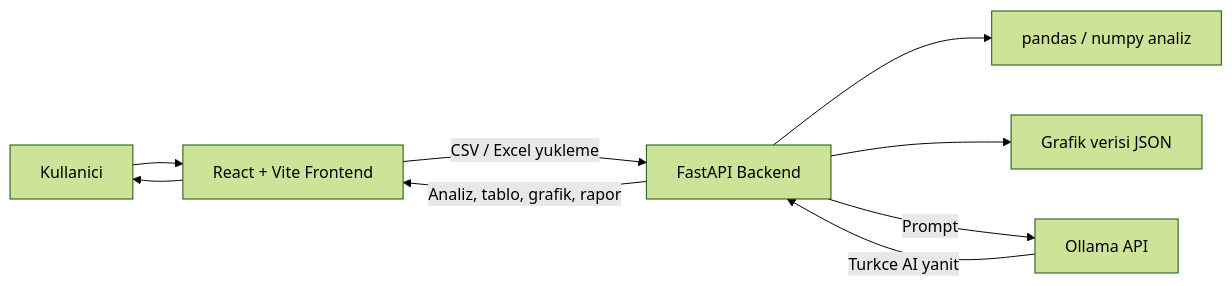
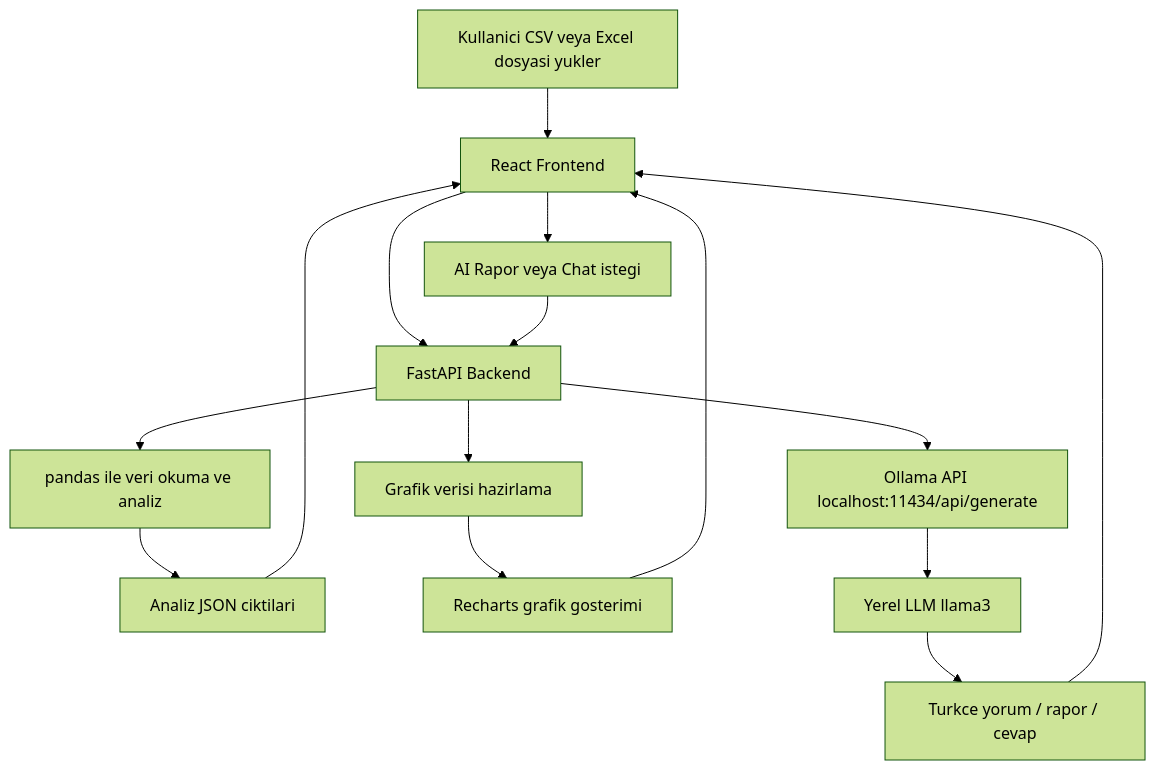
Before and after one commit to bengs38/Introduction-to-Data-Visualization-Project-Assignment: the diagram in README.md, drawn with Mermaid (forest theme).

Commit message:
README mermaid diyagramini guncelle

````diff
--- a/README.md
+++ b/README.md
@@ -24,11 +24,20 @@
 ```mermaid
-flowchart LR
-    A[Kullanici] --> B[React + Vite Frontend]
-    B -->|CSV / Excel yukleme| C[FastAPI Backend]
-    C --> D[pandas / numpy analiz]
-    C --> E[Grafik verisi JSON]
-    C -->|Prompt| F[Ollama API]
-    F -->|Turkce AI yanit| C
-    C -->|Analiz, tablo, grafik, rapor| B
-    B --> A
+flowchart TD
+    A[Kullanici CSV veya Excel dosyasi yukler] --> B[React Frontend]
+    B --> C[FastAPI Backend]
+
+    C --> D[pandas ile veri okuma ve analiz]
+    D --> E[Analiz JSON ciktilari]
+    E --> B
+
+    C --> F[Grafik verisi hazirlama]
+    F --> G[Recharts grafik gosterimi]
+    G --> B
+
+    B --> H[AI Rapor veya Chat istegi]
+    H --> C
+    C --> I[Ollama API localhost:11434/api/generate]
+    I --> J[Yerel LLM llama3]
+    J --> K[Turkce yorum / rapor / cevap]
+    K --> B
 ```
````
